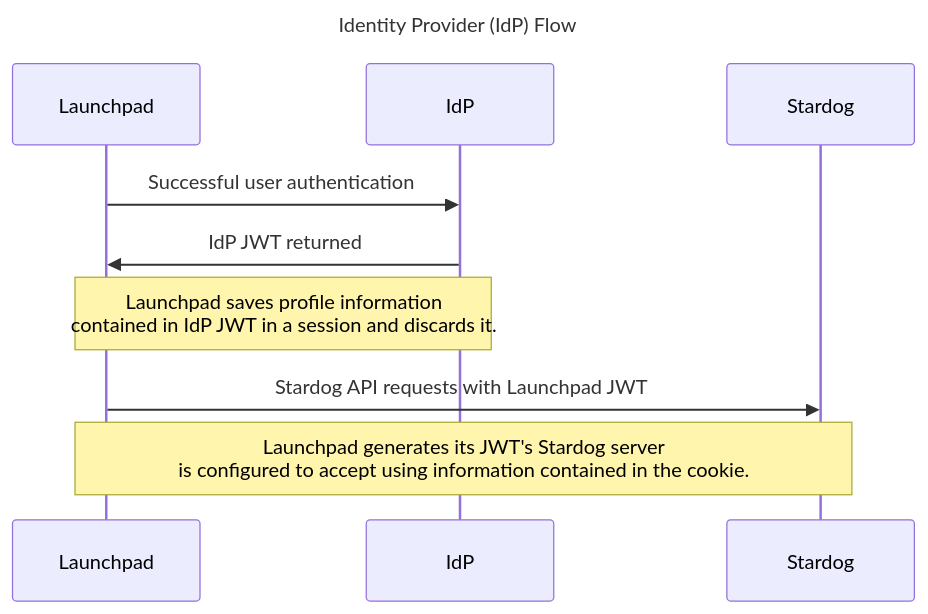
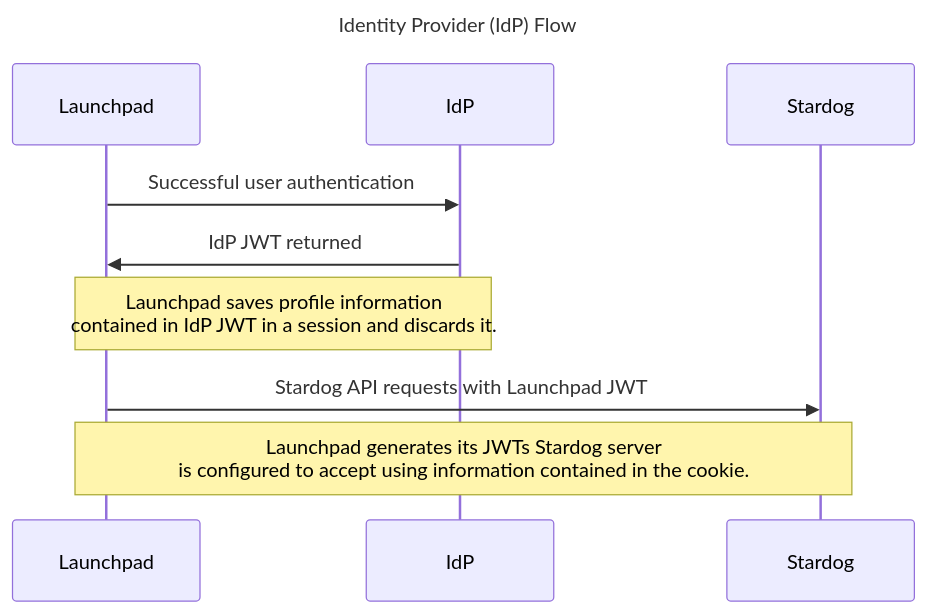
One commit to stardog-union/launchpad-docs changed the second of 2 diagrams in README.md. Above: the diagram before and after it, drawn with Mermaid. The commit also changed other lines of this file and 6 other files, not shown here.

````diff
--- a/README.md
+++ b/README.md
@@ -37,9 +37,9 @@
 ```mermaid
 sequenceDiagram
   title Identity Provider (IdP) Flow
   Launchpad->>IdP: Successful user authentication
   IdP->>Launchpad: IdP JWT returned
   Note over IdP,Launchpad: Launchpad saves profile information <br> contained in IdP JWT in a session and discards it.
   Launchpad->>Stardog: Stardog API requests with Launchpad JWT
-  Note over Launchpad,Stardog: Launchpad generates its JWT's Stardog server <br> is configured to accept using information contained in the cookie.
+  Note over Launchpad,Stardog: Launchpad generates its JWTs Stardog server <br> is configured to accept using information contained in the cookie.
 ```
````
